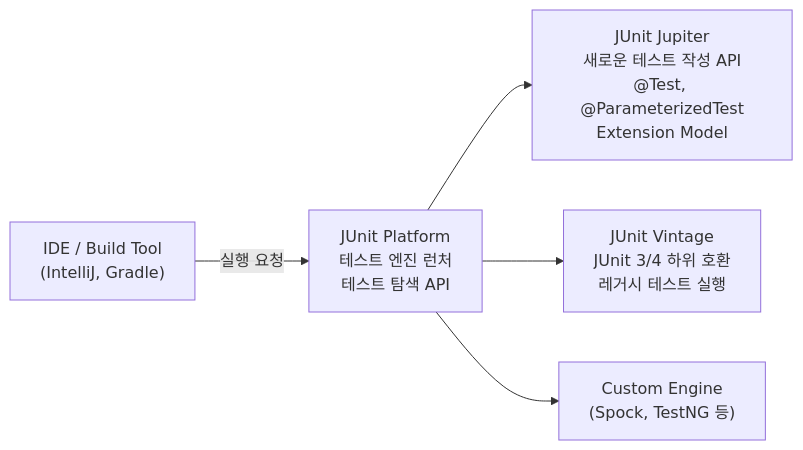
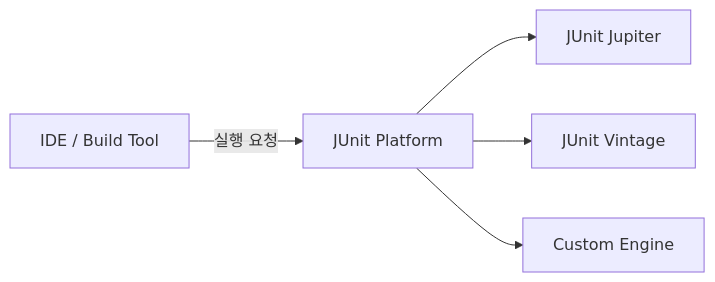
One commit to yjkim2015/yjkim2015.github.io changed the first of 3 diagrams in _posts/test/2026-05-12-junit5-deep.md. Above: the diagram before and after it, drawn with Mermaid. The commit also changed other lines of this file and 245 other files, not shown here.

First line of the commit message:
Mermaid 다이어그램 전면 수정 + 면접 포인트 접기/펼치기 + DB 데드락 페이지

````diff
--- a/_posts/test/2026-05-12-junit5-deep.md
+++ b/_posts/test/2026-05-12-junit5-deep.md
@@ -22,7 +22,7 @@
 ```mermaid
 graph LR
-    IDE["IDE / Build Tool\n(IntelliJ, Gradle)"] -->|실행 요청| Platform["JUnit Platform\n테스트 엔진 런처\n테스트 탐색 API"]
-    Platform --> Jupiter["JUnit Jupiter\n새로운 테스트 작성 API\n@Test, @ParameterizedTest\nExtension Model"]
-    Platform --> Vintage["JUnit Vintage\nJUnit 3/4 하위 호환\n레거시 테스트 실행"]
-    Platform --> Custom["Custom Engine\n(Spock, TestNG 등)"]
+    IDE["IDE / Build Tool"] -->|실행 요청| Platform["JUnit Platform"]
+    Platform --> Jupiter["JUnit Jupiter"]
+    Platform --> Vintage["JUnit Vintage"]
+    Platform --> Custom["Custom Engine"]
 ```
````
